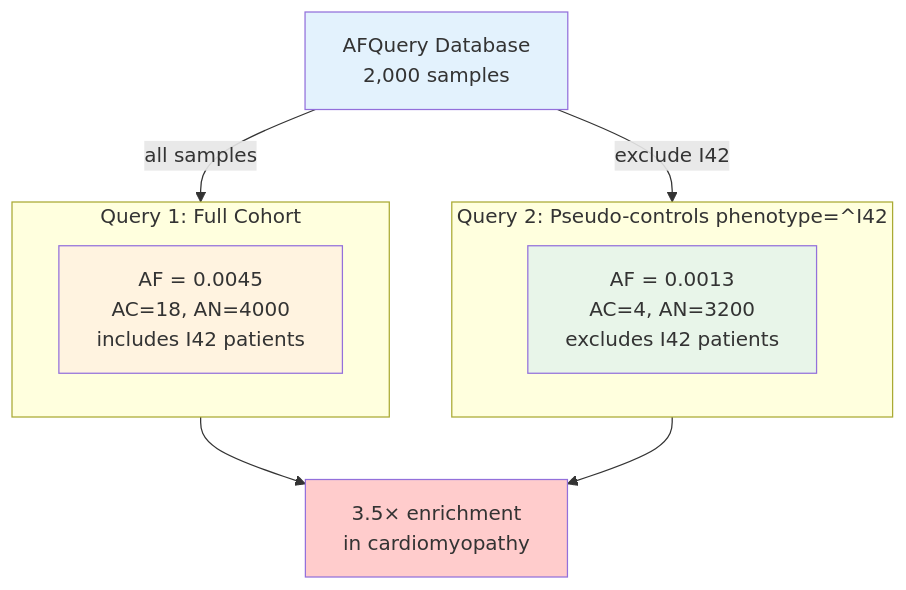
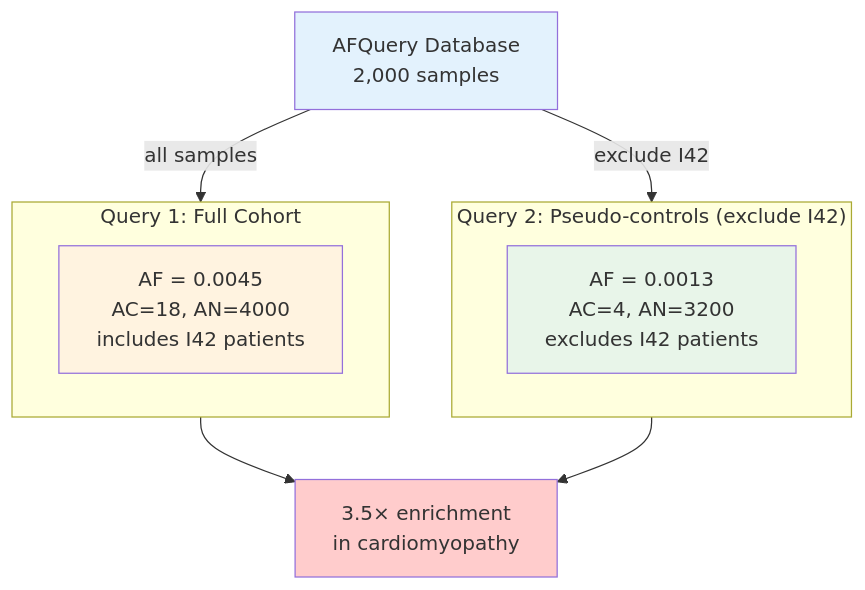
Before and after one commit to dlopez-bioinfo/afquery: the diagram in docs/use-cases/pseudo-controls.md, drawn with Mermaid. The commit also changed other lines of this file and 15 other files, not shown here.

````diff
--- a/docs/use-cases/pseudo-controls.md
+++ b/docs/use-cases/pseudo-controls.md
@@ -14,24 +15,24 @@
 ```mermaid
 graph TB
     DB["AFQuery Database<br/>2,000 samples"]
 
     subgraph Full["Query 1: Full Cohort"]
         FA["AF = 0.0045<br/>AC=18, AN=4000<br/>includes I42 patients"]
     end
 
-    subgraph Pseudo["Query 2: Pseudo-controls phenotype=^I42"]
+    subgraph Pseudo["Query 2: Pseudo-controls (exclude I42)"]
         FB["AF = 0.0013<br/>AC=4, AN=3200<br/>excludes I42 patients"]
     end
 
     Ratio["3.5× enrichment<br/>in cardiomyopathy"]
 
     DB -->|all samples| Full
     DB -->|exclude I42| Pseudo
     Full --> Ratio
     Pseudo --> Ratio
 
     style DB fill:#e3f2fd
     style FA fill:#fff3e0
     style FB fill:#e8f5e9
     style Ratio fill:#ffcccc
 ```
````
